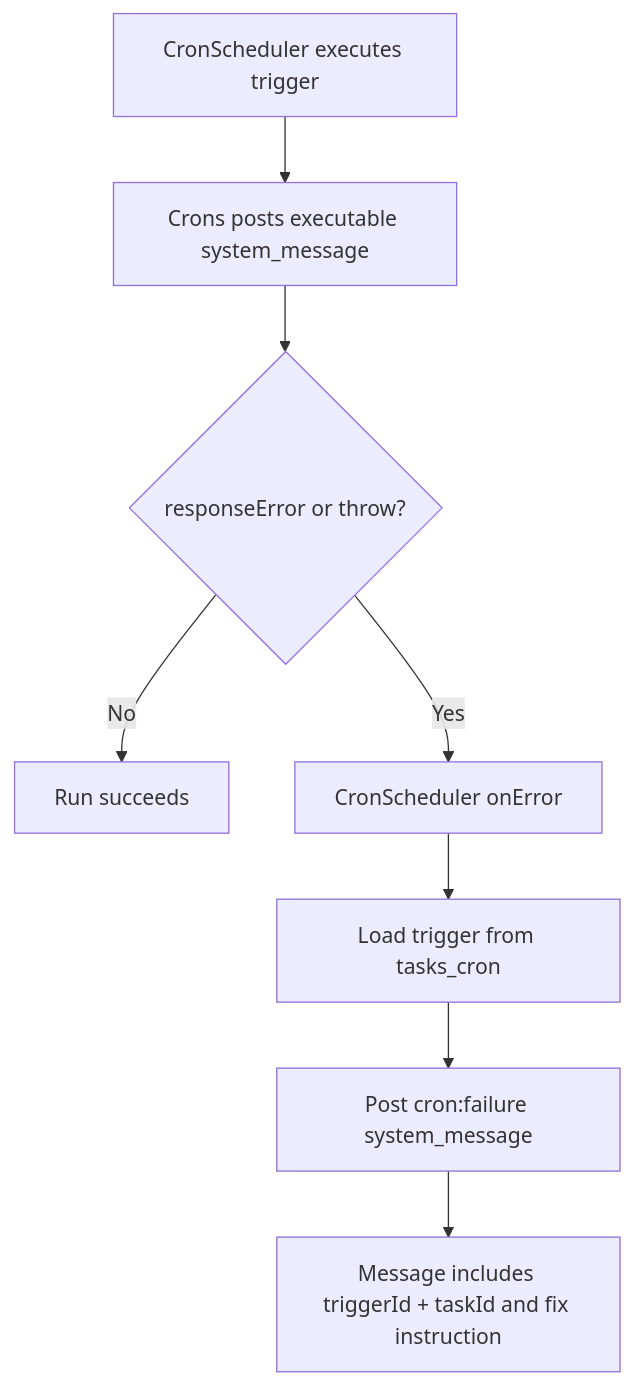
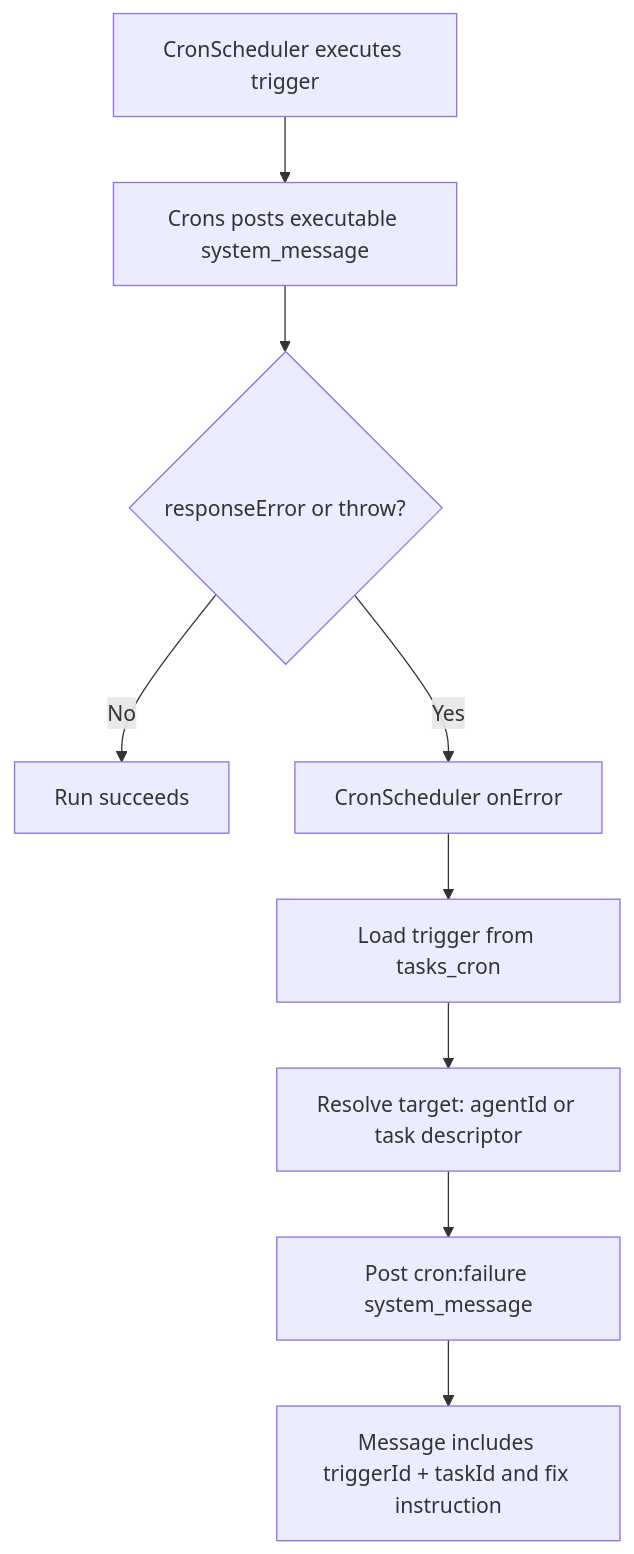
Before and after one commit to ex3ndr/daycare: the diagram in doc/20260301-cron-failure-reporting.md, drawn with Mermaid. The commit also changed other lines of this file and 2 other files, not shown here.

Commit message:
fix(cron): route failure reports to task descriptor

````diff
--- a/doc/20260301-cron-failure-reporting.md
+++ b/doc/20260301-cron-failure-reporting.md
@@ -18,10 +21,11 @@
 ```mermaid
 flowchart TD
     A[CronScheduler executes trigger] --> B[Crons posts executable system_message]
     B --> C{responseError or throw?}
     C -->|No| D[Run succeeds]
     C -->|Yes| E[CronScheduler onError]
     E --> F[Load trigger from tasks_cron]
-    F --> G[Post cron:failure system_message]
-    G --> H[Message includes triggerId + taskId and fix instruction]
+    F --> G[Resolve target: agentId or task descriptor]
+    G --> H[Post cron:failure system_message]
+    H --> I[Message includes triggerId + taskId and fix instruction]
 ```
````
